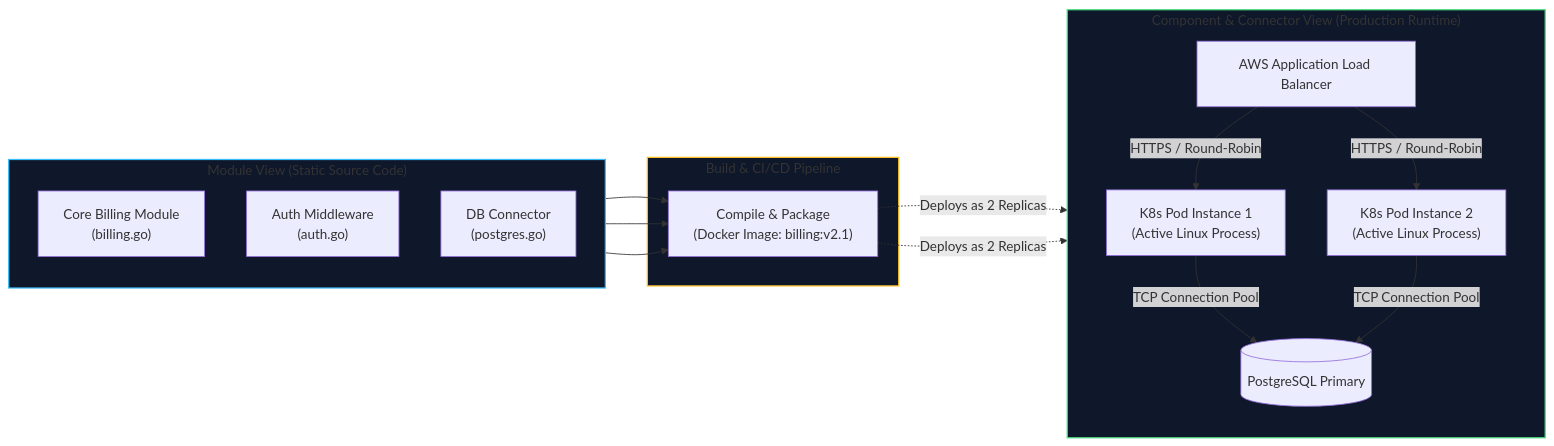
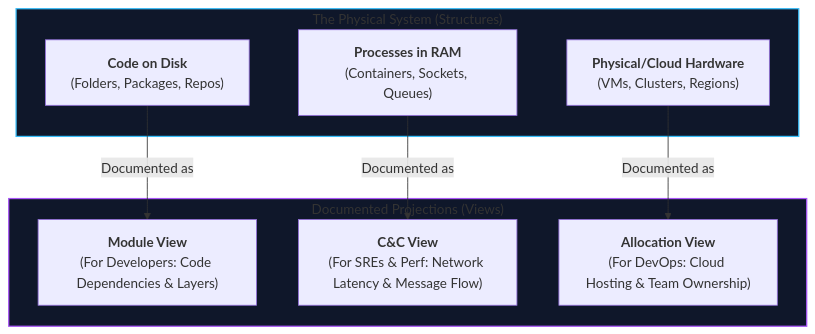
The second of 2 diagrams in Software Architectures/Lecture 1/Lecture_01_Notes.md (shreyash2601/bits-notes), drawn with Mermaid before and after one commit. The commit also changed other lines of this file and 31 other files, not shown here.

````diff
--- a/Software Architectures/Lecture 1/Lecture_01_Notes.md
+++ b/Software Architectures/Lecture 1/Lecture_01_Notes.md
@@ -305,31 +205,21 @@
 ```mermaid
-flowchart LR
-    subgraph MOD ["Module View (Static Source Code)"]
-        direction TB
-        M_CORE["Core Billing Module<br/>(billing.go)"]
-        M_AUTH["Auth Middleware<br/>(auth.go)"]
-        M_DB["DB Connector<br/>(postgres.go)"]
+flowchart TD
+    subgraph REALITY ["The Physical System (Structures)"]
+        S1["<b>Code on Disk</b><br/>(Folders, Packages, Repos)"]
+        S2["<b>Processes in RAM</b><br/>(Containers, Sockets, Queues)"]
+        S3["<b>Physical/Cloud Hardware</b><br/>(VMs, Clusters, Regions)"]
     end
 
-    subgraph BUILD ["Build & CI/CD Pipeline"]
-        CI["Compile & Package<br/>(Docker Image: billing:v2.1)"]
+    subgraph VIEWS ["Documented Projections (Views)"]
+        V1["<b>Module View</b><br/>(For Developers: Code Dependencies & Layers)"]
+        V2["<b>C&C View</b><br/>(For SREs & Perf: Network Latency & Message Flow)"]
+        V3["<b>Allocation View</b><br/>(For DevOps: Cloud Hosting & Team Ownership)"]
     end
 
-    subgraph CC ["Component & Connector View (Production Runtime)"]
-        direction TB
-        POD1["K8s Pod Instance 1<br/>(Active Linux Process)"]
-        POD2["K8s Pod Instance 2<br/>(Active Linux Process)"]
-        ALB["AWS Application Load Balancer"]
-        DB[(PostgreSQL Primary)]
+    S1 -->|Documented as| V1
+    S2 -->|Documented as| V2
+    S3 -->|Documented as| V3
 
-        ALB -->|HTTPS / Round-Robin| POD1 & POD2
-        POD1 & POD2 -->|TCP Connection Pool| DB
-    end
-
-    M_CORE & M_AUTH & M_DB --> CI
-    CI -.->|Deploys as 2 Replicas| POD1 & POD2
-
-    style MOD fill:#0f172a,stroke:#38bdf8,stroke-width:1.5px
-    style BUILD fill:#0f172a,stroke:#fbbf24,stroke-width:1.5px
-    style CC fill:#0f172a,stroke:#4ade80,stroke-width:1.5px
+    style REALITY fill:#0f172a,stroke:#38bdf8,stroke-width:1.5px
+    style VIEWS fill:#0f172a,stroke:#a855f7,stroke-width:1.5px
 ```
````
